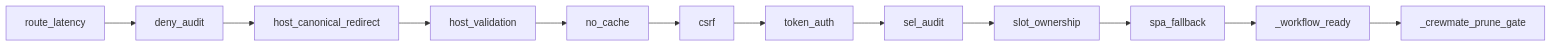
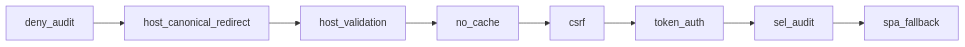
Before and after one commit to Premshay/KiroCrew: the second of 2 diagrams in docs/system-specs/modules/dashboard-token-auth.md, drawn with Mermaid. The commit also changed other lines of this file and 3408 other files, not shown here.

````diff
--- a/docs/system-specs/modules/dashboard-token-auth.md
+++ b/docs/system-specs/modules/dashboard-token-auth.md
@@ -103,4 +101,4 @@
 ```mermaid
 graph LR
-    L[route_latency] --> Z[deny_audit] --> A[host_canonical_redirect] --> B[host_validation] --> C[no_cache] --> D[csrf] --> E[token_auth] --> F[sel_audit] --> S[slot_ownership] --> G[spa_fallback] --> W[_workflow_ready] --> P[_crewmate_prune_gate]
+    Z[deny_audit] --> A[host_canonical_redirect] --> B[host_validation] --> C[no_cache] --> D[csrf] --> E[token_auth] --> F[sel_audit] --> G[spa_fallback]
 ```
````
